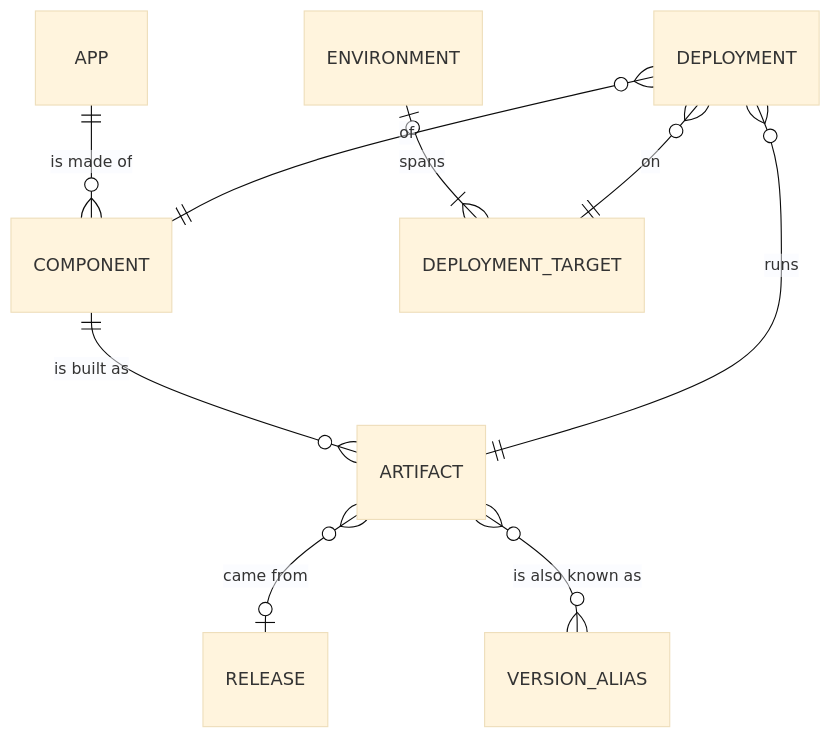
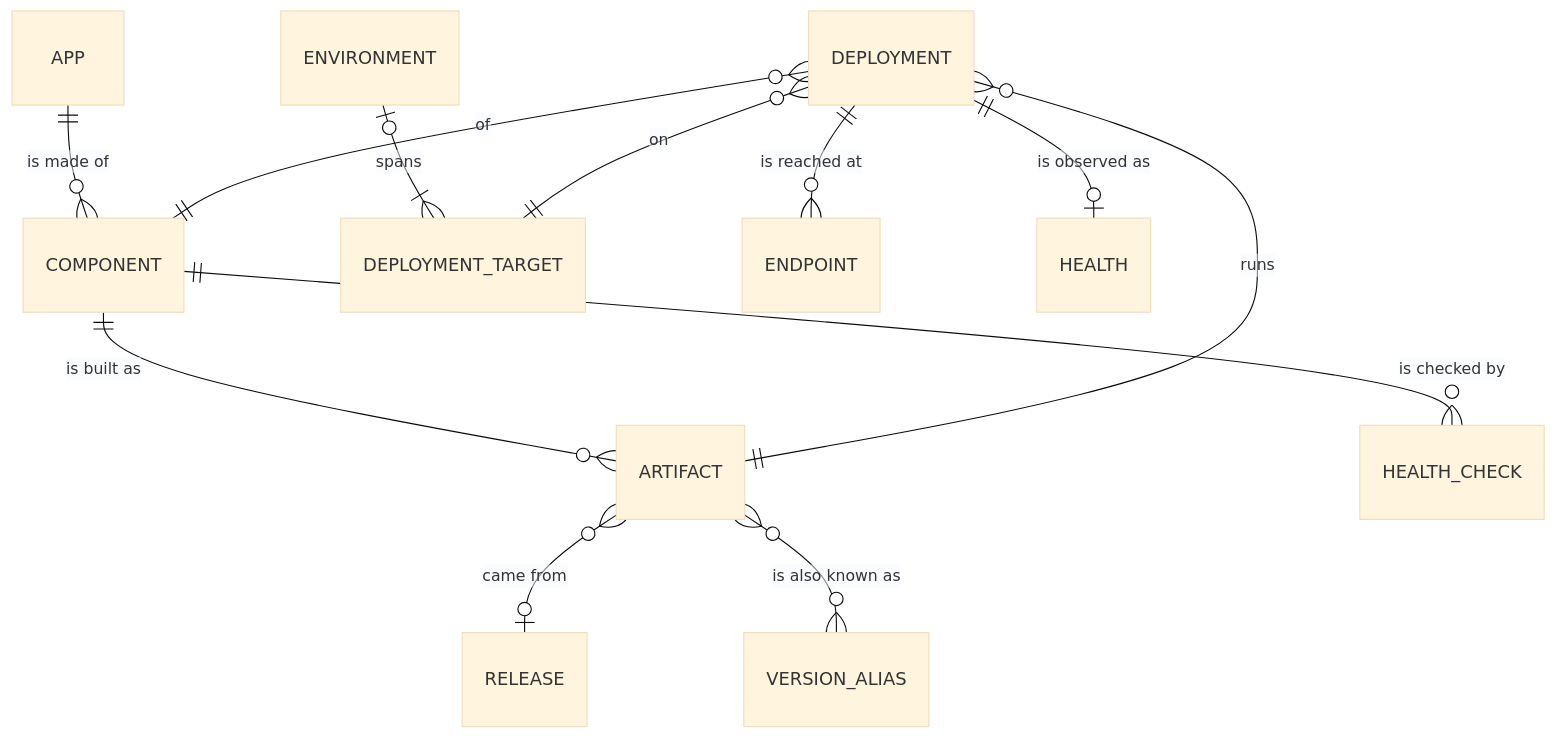
The diagram in CONTEXT.md (lislon/env-hopper), drawn with Mermaid (base theme) before and after one commit. The commit also changed other lines of this file, not shown here.

First line of the commit message:
docs: add Endpoint, Health and Health Check to the glossary (#409)

````diff
--- a/CONTEXT.md
+++ b/CONTEXT.md
@@ -49,11 +61,14 @@
 ```mermaid
 erDiagram
   APP ||--o{ COMPONENT : "is made of"
   ENVIRONMENT |o--|{ DEPLOYMENT_TARGET : "spans"
   COMPONENT ||--o{ ARTIFACT : "is built as"
   ARTIFACT }o--o| RELEASE : "came from"
   ARTIFACT }o--o{ VERSION_ALIAS : "is also known as"
   DEPLOYMENT }o--|| COMPONENT : "of"
   DEPLOYMENT }o--|| DEPLOYMENT_TARGET : "on"
   DEPLOYMENT }o--|| ARTIFACT : "runs"
+  DEPLOYMENT ||--o{ ENDPOINT : "is reached at"
+  DEPLOYMENT ||--o| HEALTH : "is observed as"
+  COMPONENT ||--o{ HEALTH_CHECK : "is checked by"
 ```
````
